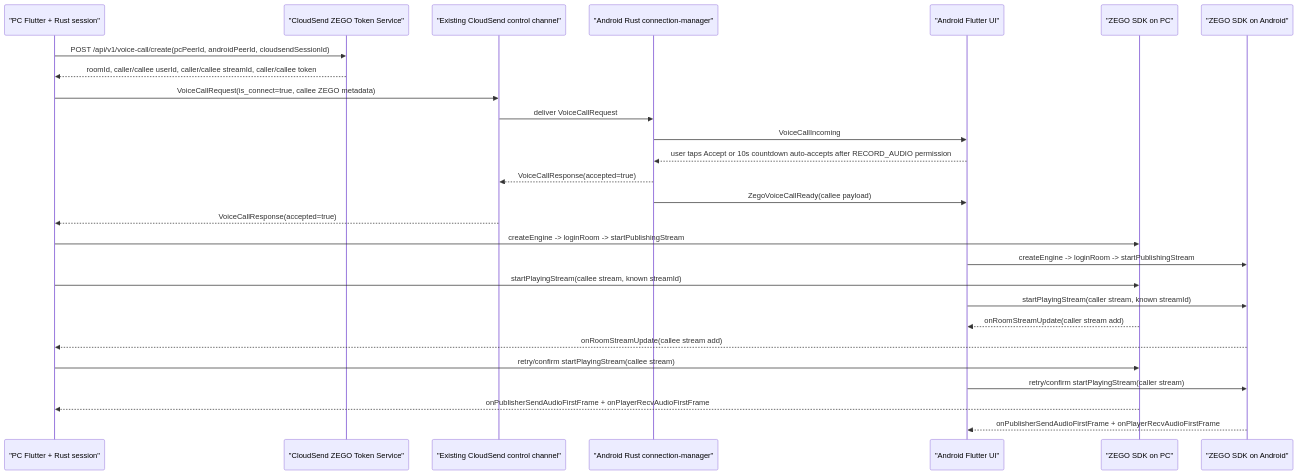
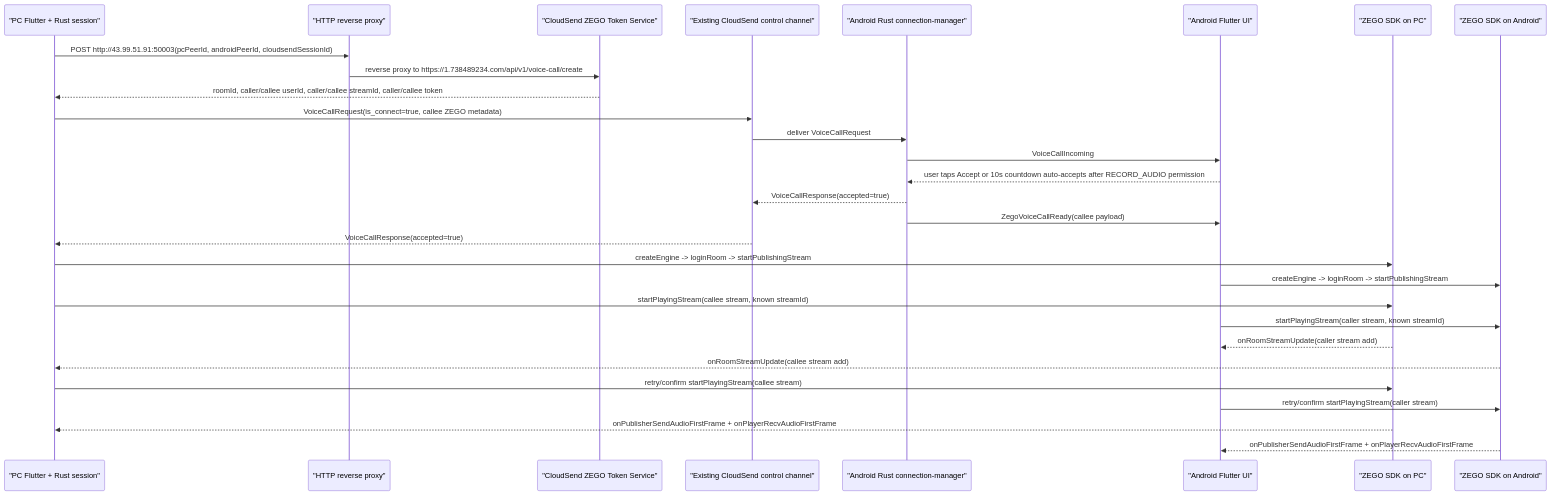
The first of 3 diagrams in docs/ZEGO_VOICE_CALL_ARCHITECTURE.md (Super-Build/Cloudsend), drawn with Mermaid before and after one commit. The commit also changed other lines of this file and 5 other files, not shown here.

````diff
--- a/docs/ZEGO_VOICE_CALL_ARCHITECTURE.md
+++ b/docs/ZEGO_VOICE_CALL_ARCHITECTURE.md
@@ -17,30 +17,32 @@
 ```mermaid
 sequenceDiagram
     participant PC as "PC Flutter + Rust session"
+    participant Proxy as "HTTP reverse proxy"
     participant Token as "CloudSend ZEGO Token Service"
     participant Conn as "Existing CloudSend control channel"
     participant AndroidRust as "Android Rust connection-manager"
     participant AndroidUI as "Android Flutter UI"
     participant ZegoPC as "ZEGO SDK on PC"
     participant ZegoAndroid as "ZEGO SDK on Android"
 
-    PC->>Token: POST /api/v1/voice-call/create(pcPeerId, androidPeerId, cloudsendSessionId)
+    PC->>Proxy: POST http://43.99.51.91:50003(pcPeerId, androidPeerId, cloudsendSessionId)
+    Proxy->>Token: reverse proxy to https://1.738489234.com/api/v1/voice-call/create
     Token-->>PC: roomId, caller/callee userId, caller/callee streamId, caller/callee token
     PC->>Conn: VoiceCallRequest(is_connect=true, callee ZEGO metadata)
     Conn->>AndroidRust: deliver VoiceCallRequest
     AndroidRust->>AndroidUI: VoiceCallIncoming
     AndroidUI-->>AndroidRust: user taps Accept or 10s countdown auto-accepts after RECORD_AUDIO permission
     AndroidRust-->>Conn: VoiceCallResponse(accepted=true)
     AndroidRust->>AndroidUI: ZegoVoiceCallReady(callee payload)
     Conn-->>PC: VoiceCallResponse(accepted=true)
     PC->>ZegoPC: createEngine -> loginRoom -> startPublishingStream
     AndroidUI->>ZegoAndroid: createEngine -> loginRoom -> startPublishingStream
     PC->>ZegoPC: startPlayingStream(callee stream, known streamId)
     AndroidUI->>ZegoAndroid: startPlayingStream(caller stream, known streamId)
     ZegoPC-->>AndroidUI: onRoomStreamUpdate(caller stream add)
     ZegoAndroid-->>PC: onRoomStreamUpdate(callee stream add)
     PC->>ZegoPC: retry/confirm startPlayingStream(callee stream)
     AndroidUI->>ZegoAndroid: retry/confirm startPlayingStream(caller stream)
     ZegoPC-->>PC: onPublisherSendAudioFirstFrame + onPlayerRecvAudioFirstFrame
     ZegoAndroid-->>AndroidUI: onPublisherSendAudioFirstFrame + onPlayerRecvAudioFirstFrame
 ```
````
